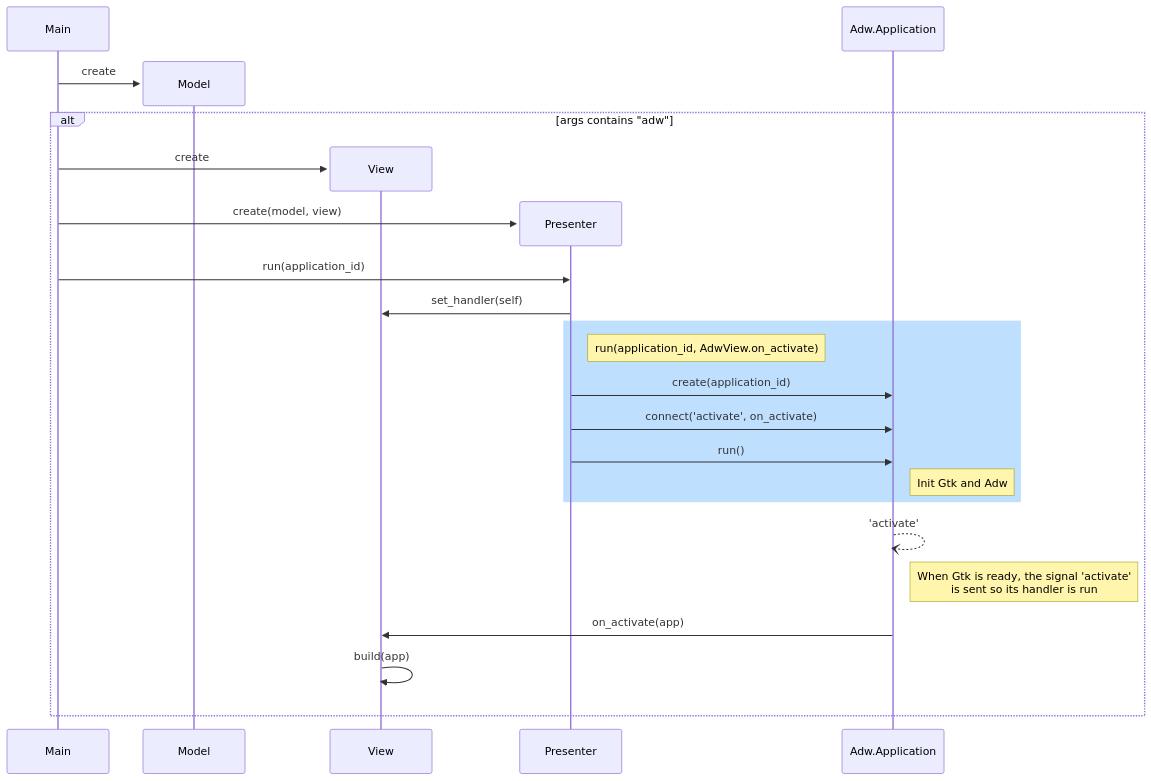
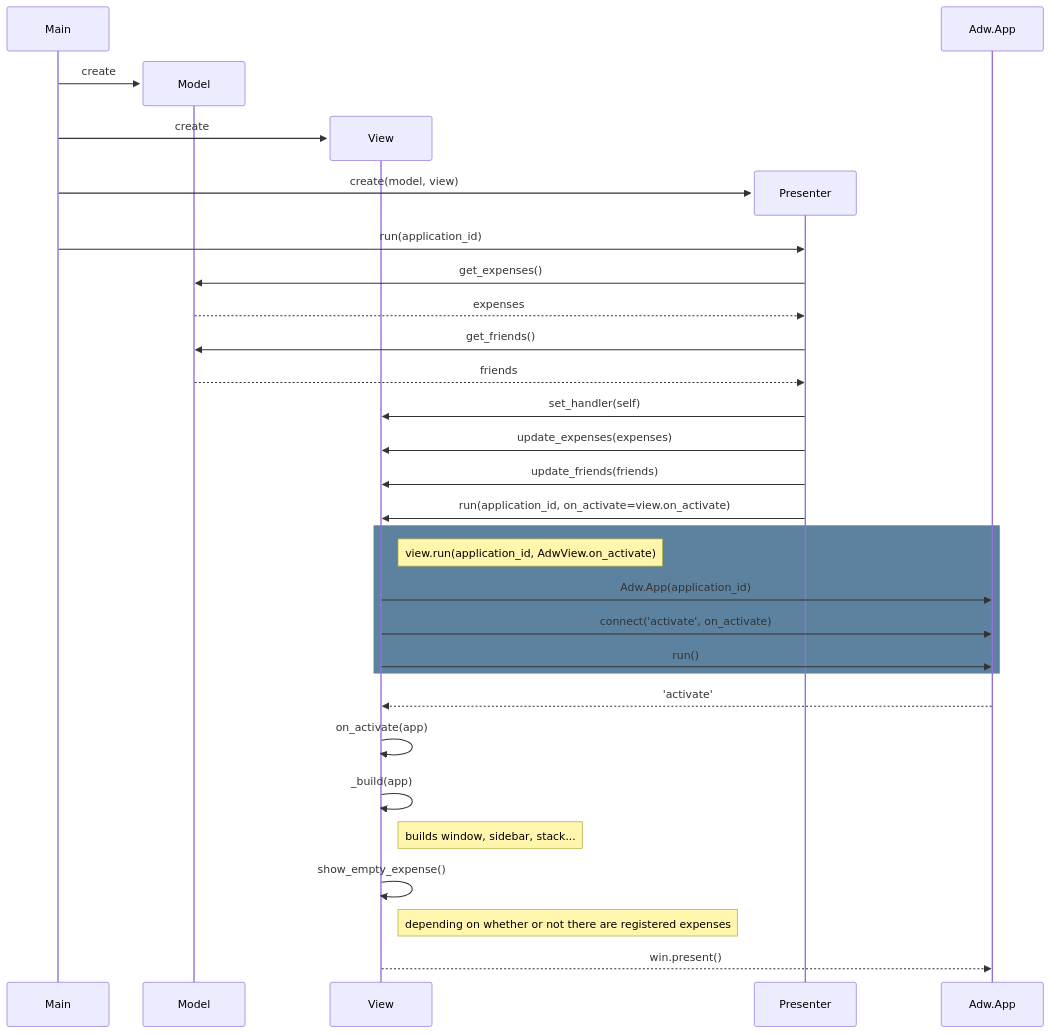
The second of 3 diagrams in diseños/diseño_sw.md (alexborrazasm/ipm), drawn with Mermaid before and after one commit. The commit also changed other lines of this file and 2 other files, not shown here.

````diff
--- a/diseños/diseño_sw.md
+++ b/diseños/diseño_sw.md
@@ -167,31 +180,38 @@
 ```mermaid
-
-
 sequenceDiagram
     participant app as Main
 
     create participant model as Model
     app ->> model: create
 
-    alt args contains "adw"
-        create participant view as View
-        app ->> view: create
-        create Participant Presenter
-        app ->> Presenter: create(model, view)
-        app ->> Presenter: run(application_id)
-        Presenter ->> view : set_handler(self)        
-        rect rgb(191, 223, 255)
-            create participant adw as Adw.Application
-            note right of Presenter: run(application_id, AdwView.on_activate)
-            Presenter ->> adw : create(application_id)
-            Presenter ->> adw : connect('activate', on_activate)
-            Presenter ->> adw : run()
-            note right of adw: Init Gtk and Adw
-        end
-        adw --) adw : 'activate'
-        note right of adw : When Gtk is ready, the signal 'activate' <br> is sent so its handler is run
-        adw ->> view: on_activate(app)
-        view ->> view : build(app)
+    create participant view as View
+    app ->> view: create
+    create Participant Presenter
+    app ->> Presenter: create(model, view)
+    app ->> Presenter: run(application_id)
+    Presenter ->> model: get_expenses()
+    model -->> Presenter: expenses
+    Presenter ->> model: get_friends()
+    model -->> Presenter: friends
+    Presenter ->> view : set_handler(self)  
+    Presenter ->> view : update_expenses(expenses)
+    Presenter ->> view : update_friends(friends) 
+
+    Presenter ->> view : run(application_id, on_activate=view.on_activate)
+
+    rect rgba(92, 130, 159, 1)
+        create participant adw as Adw.App
+        note right of view: view.run(application_id, AdwView.on_activate)
+        view ->> adw : Adw.App(application_id)
+        view ->> adw : connect('activate', on_activate)
+        view ->> adw : run()
     end
-        
+    adw -->> view: 'activate'
+    view ->> view : on_activate(app)
+    view ->> view : _build(app)
+    Note right of view: builds window, sidebar, stack...
+    view->>view: show_empty_expense()
+    Note right of view: depending on whether or not there are registered expenses
+    view-->>adw: win.present()
+   
 ```
````
